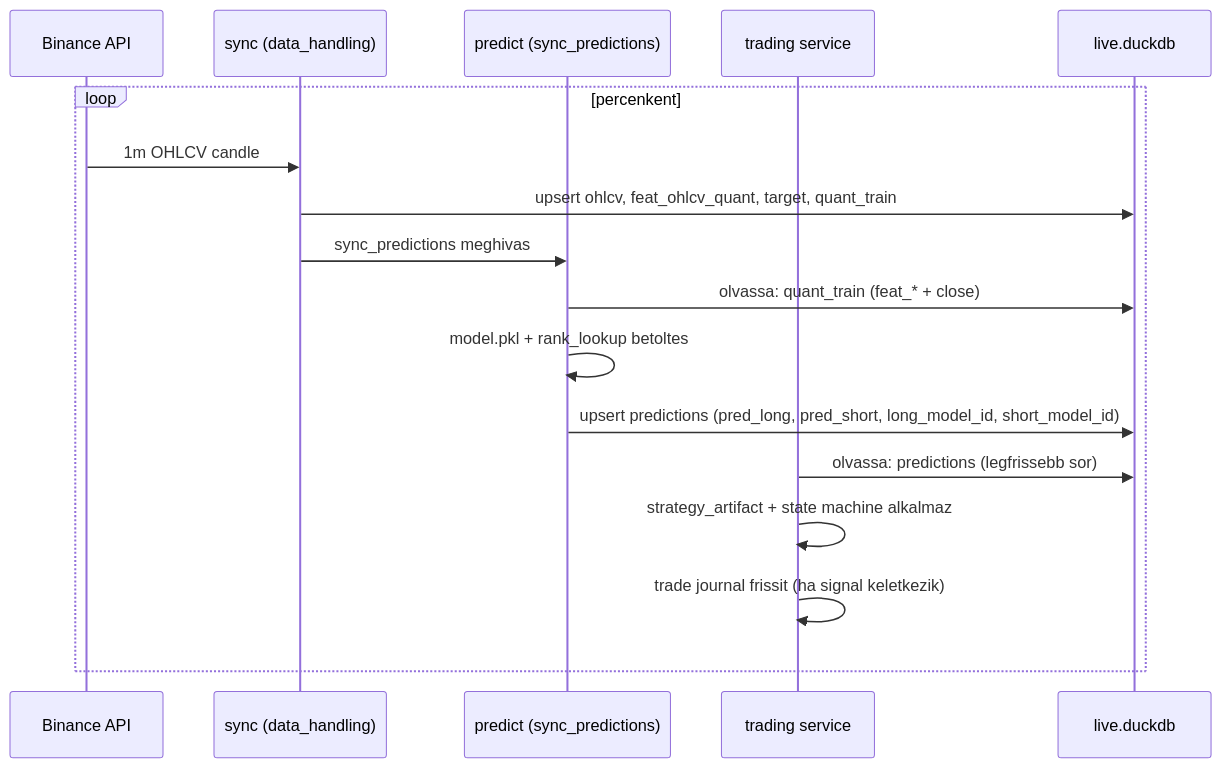
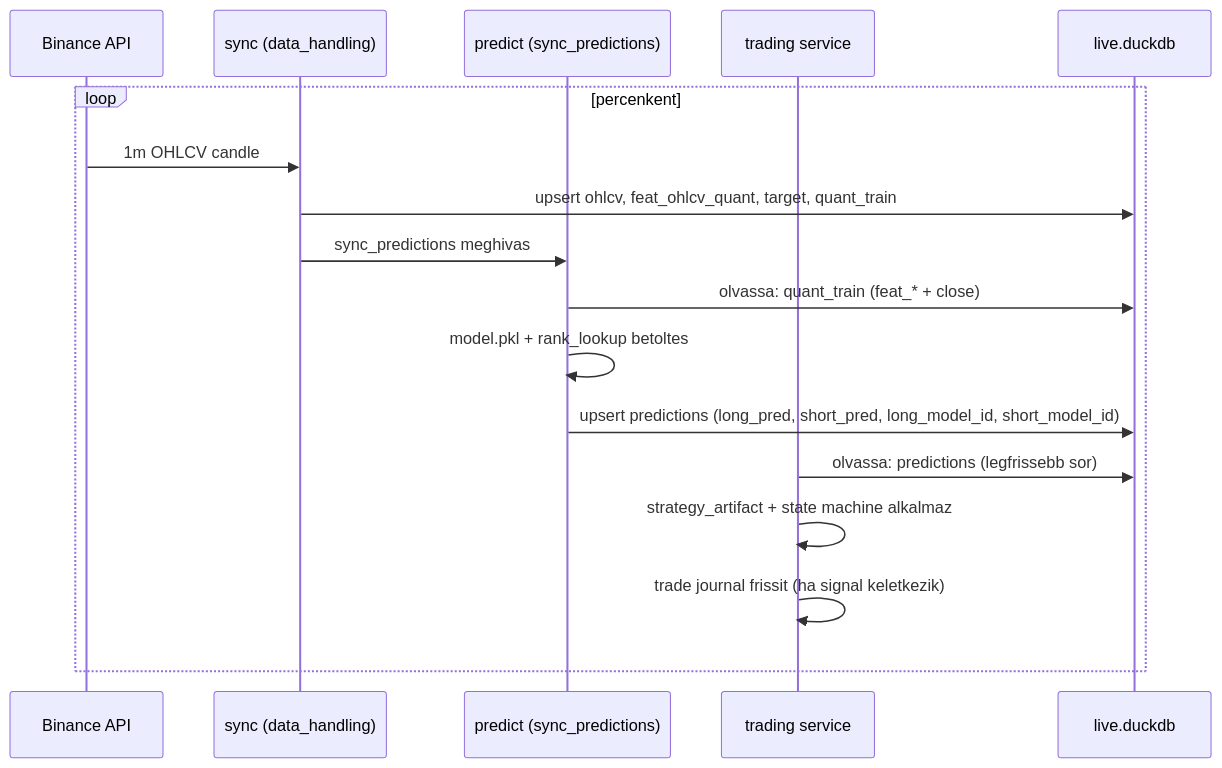
One commit to Nemesis14/chronoquant changed the first of 6 diagrams in _doc_/database_and_code_doc/0003_runtime_flow.md. Above: the diagram before and after it, drawn with Mermaid. The commit also changed other lines of this file and 170 other files, not shown here.

````diff
--- a/_doc_/database_and_code_doc/0003_runtime_flow.md
+++ b/_doc_/database_and_code_doc/0003_runtime_flow.md
@@ -12,20 +12,20 @@
 ```mermaid
 sequenceDiagram
   participant B as Binance API
   participant S as sync (data_handling)
   participant P as predict (sync_predictions)
   participant T as trading service
   participant DB as live.duckdb
 
   loop percenkent
     B->>S: 1m OHLCV candle
     S->>DB: upsert ohlcv, feat_ohlcv_quant, target, quant_train
     S->>P: sync_predictions meghivas
     P->>DB: olvassa: quant_train (feat_* + close)
     P->>P: model.pkl + rank_lookup betoltes
-    P->>DB: upsert predictions (pred_long, pred_short, long_model_id, short_model_id)
+    P->>DB: upsert predictions (long_pred, short_pred, long_model_id, short_model_id)
     T->>DB: olvassa: predictions (legfrissebb sor)
     T->>T: strategy_artifact + state machine alkalmaz
     T->>T: trade journal frissit (ha signal keletkezik)
   end
 ```
````
